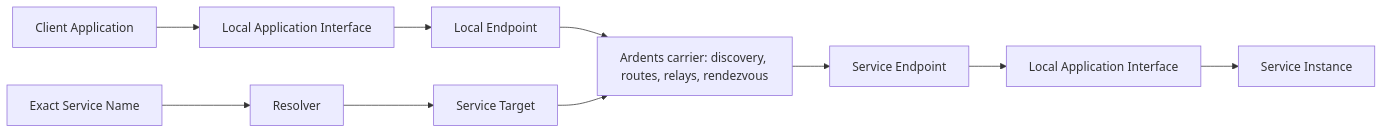
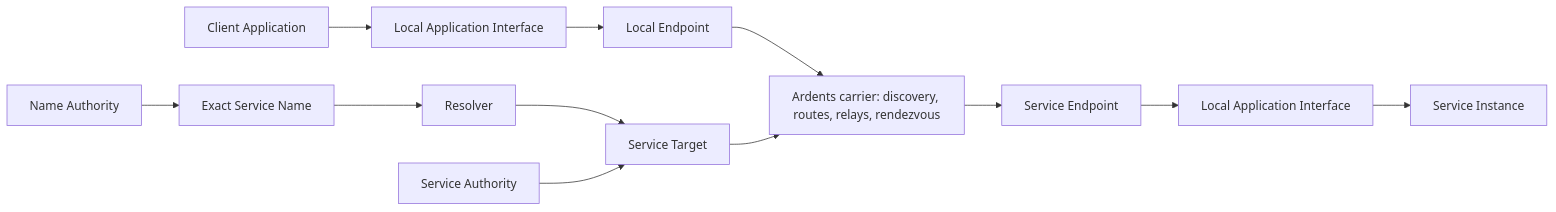
The diagram in docs/product/functional-map.md (dianabuilds/ardents-network), drawn with Mermaid before and after one commit. The commit also changed other lines of this file and 7 other files, not shown here.

Commit message:
docs: separate name and service authority

````diff
--- a/docs/product/functional-map.md
+++ b/docs/product/functional-map.md
@@ -16,12 +16,14 @@
 ```mermaid
 flowchart LR
     CA["Client Application"] --> AI1["Local Application Interface"]
     AI1 --> LE1["Local Endpoint"]
     LE1 --> N["Ardents carrier: discovery, routes, relays, rendezvous"]
     N --> LE2["Service Endpoint"]
     LE2 --> AI2["Local Application Interface"]
     AI2 --> SI["Service Instance"]
-    SN["Exact Service Name"] --> R["Resolver"]
+    NA["Name Authority"] --> SN["Exact Service Name"]
+    SN --> R["Resolver"]
     R --> ST["Service Target"]
+    SA["Service Authority"] --> ST
     ST --> N
 ```
````
